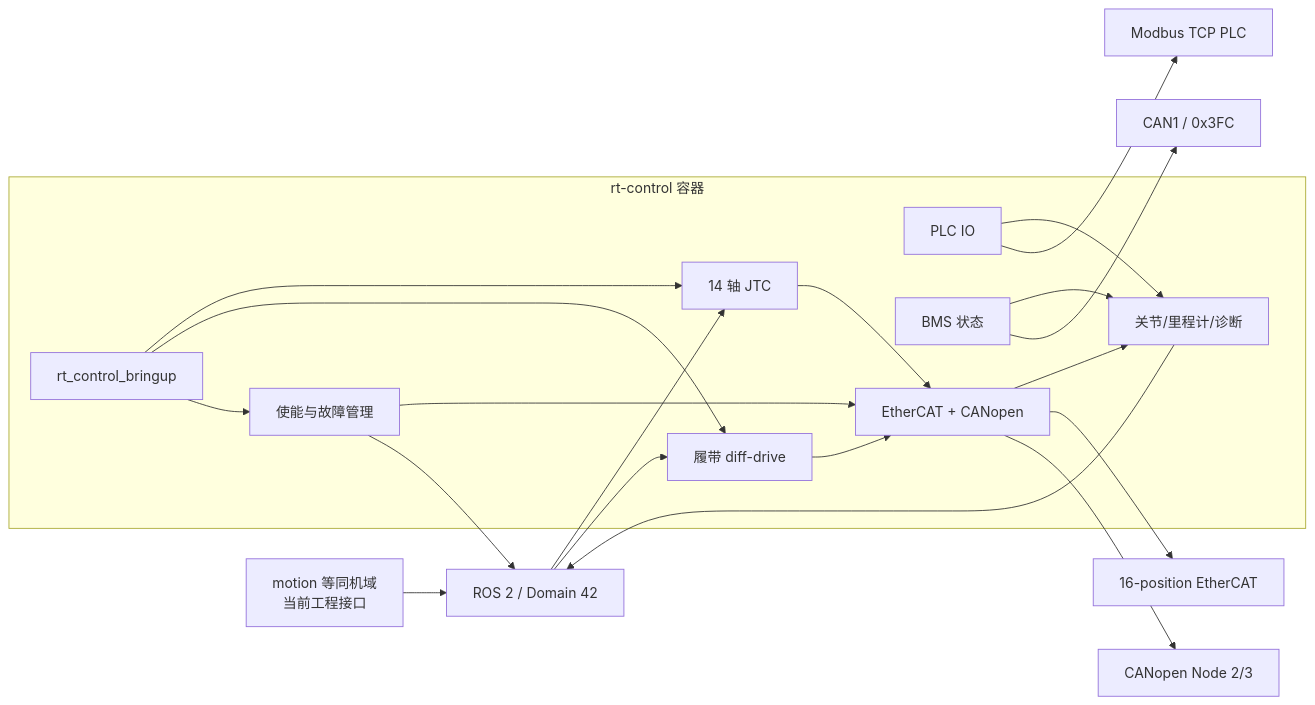
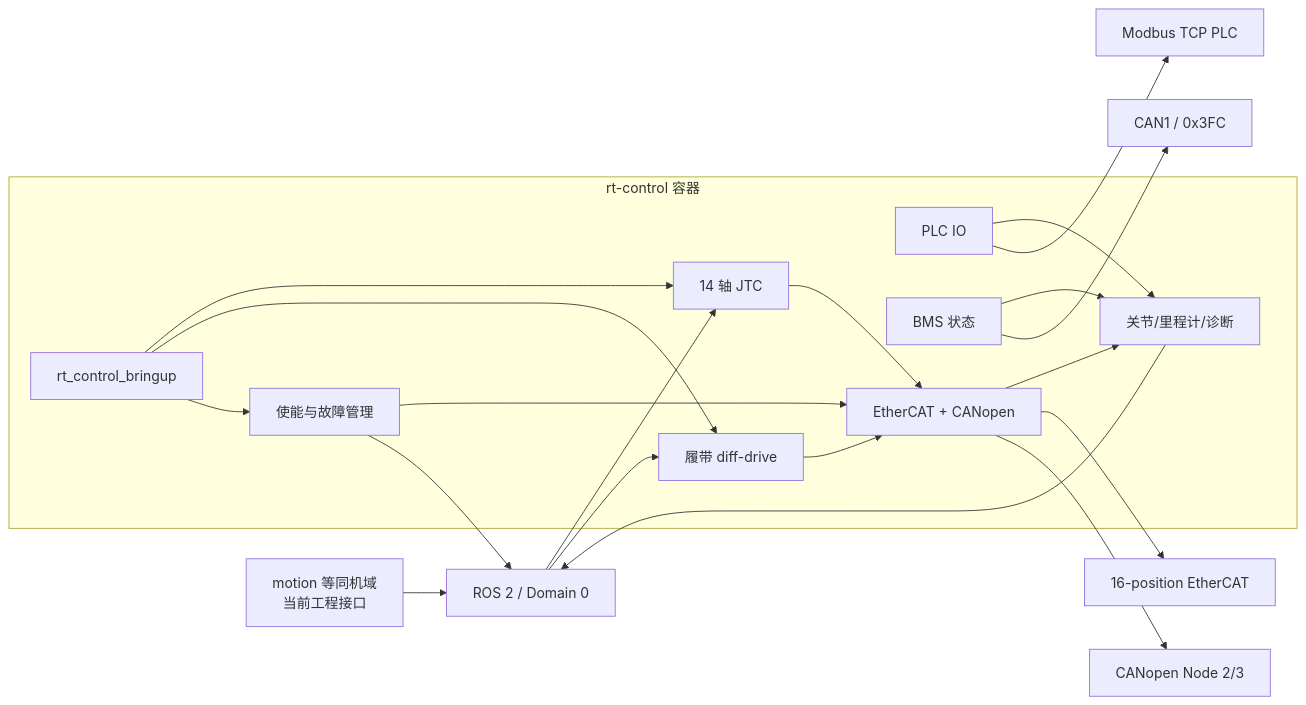
The diagram in domains/rt_control/docs/docker-deployment-performance-summary.md (SevenovaHangzhou/robot_driver), drawn with Mermaid before and after one commit. The commit also changed other lines of this file and 5 other files, not shown here.

````diff
--- a/domains/rt_control/docs/docker-deployment-performance-summary.md
+++ b/domains/rt_control/docs/docker-deployment-performance-summary.md
@@ -37,33 +34,33 @@
 ```mermaid
 flowchart LR
-    M[motion 等同机域<br/>当前工程接口] --> ROS[ROS 2 / Domain 42]
+    M[motion 等同机域<br/>当前工程接口] --> ROS[ROS 2 / Domain 0]
 
     subgraph C[rt-control 容器]
         B[rt_control_bringup]
         J[14 轴 JTC]
         D[履带 diff-drive]
         E[使能与故障管理]
         P[PLC IO]
         BM[BMS 状态]
         S[关节/里程计/诊断]
         H[EtherCAT + CANopen]
         B --> J
         B --> D
         B --> E
         J --> H
         D --> H
         E --> H
         P --> S
         BM --> S
         H --> S
     end
 
     ROS --> J
     ROS --> D
     E --> ROS
     S --> ROS
     H --> EC[16-position EtherCAT]
     H --> CAN[CANopen Node 2/3]
     P --> PLC[Modbus TCP PLC]
     BM --> BCAN[CAN1 / 0x3FC]
 ```
````
